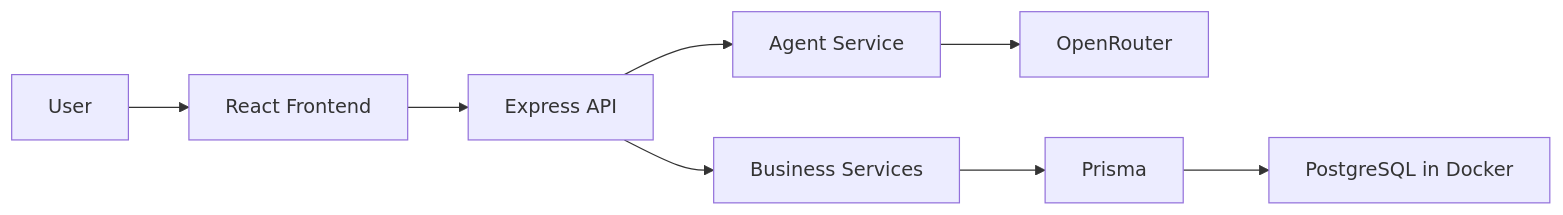
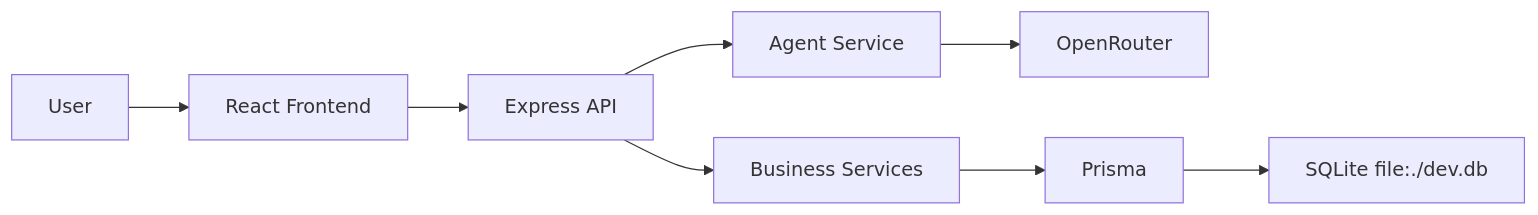
The diagram in docs/architecture.md (jntellez/hackathon-compucad), drawn with Mermaid before and after one commit. The commit also changed other lines of this file and 33 other files, not shown here.

````diff
--- a/docs/architecture.md
+++ b/docs/architecture.md
@@ -9,10 +9,10 @@
 ```mermaid
 flowchart LR
   User[User] --> Web[React Frontend]
   Web --> API[Express API]
   API --> Agent[Agent Service]
   Agent --> OpenRouter[OpenRouter]
   API --> Services[Business Services]
   Services --> Prisma[Prisma]
-  Prisma --> Postgres[PostgreSQL in Docker]
+  Prisma --> SQLite[SQLite file:./dev.db]
 ```
````
